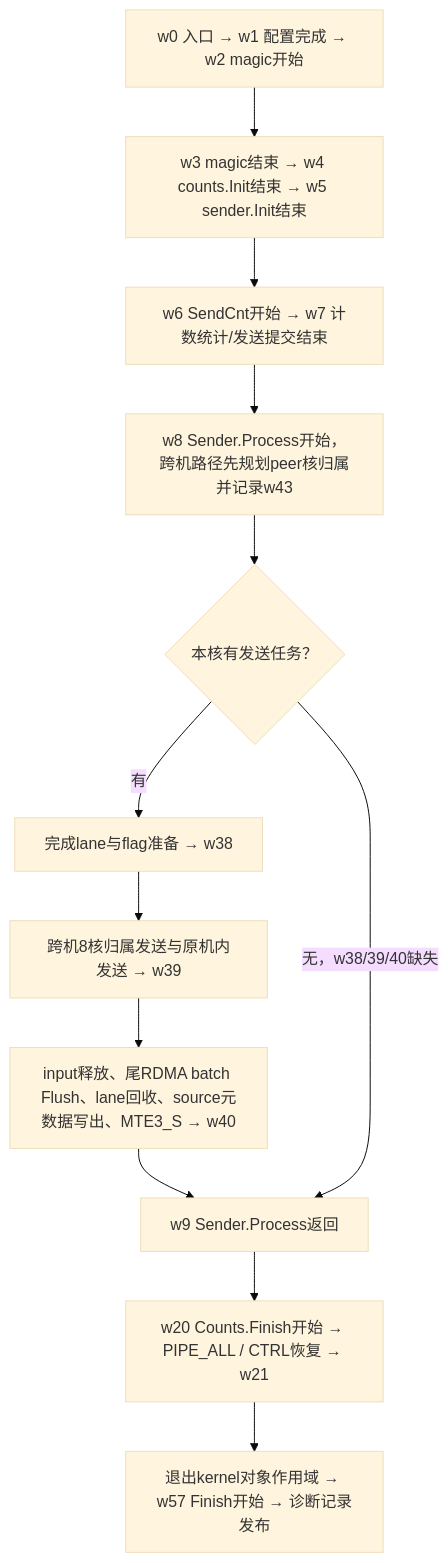
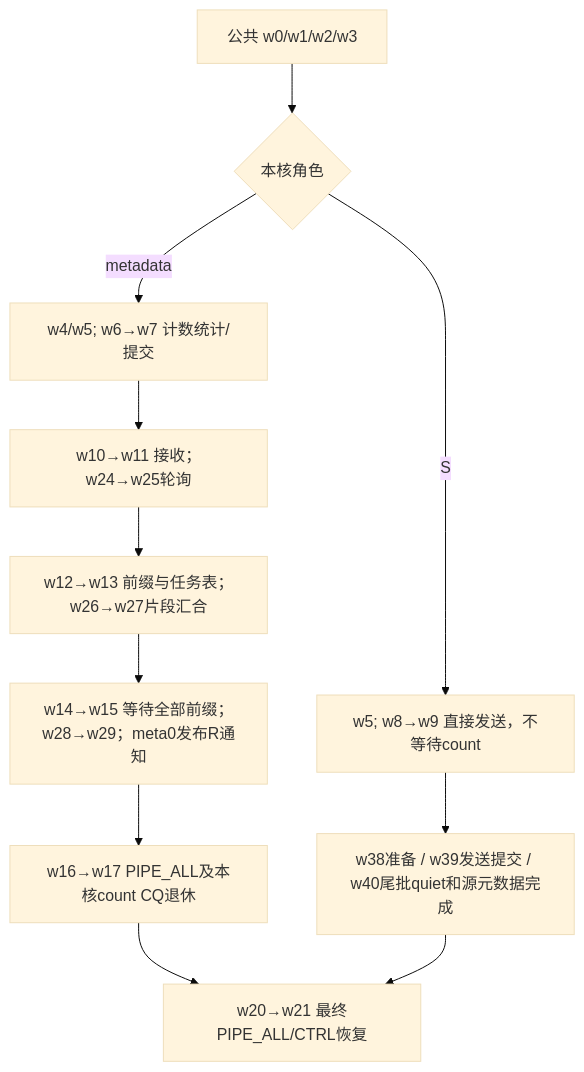
The first of 2 diagrams in tests/ll_rdma/STAGE_TIMELINE.md (TangYunfei147/DeepEP-LL), drawn with Mermaid (base theme) before and after one commit. The commit also changed other lines of this file and 57 other files, not shown here.

````diff
--- a/tests/ll_rdma/STAGE_TIMELINE.md
+++ b/tests/ll_rdma/STAGE_TIMELINE.md
@@ -21,14 +7,13 @@
 ```mermaid
 flowchart TD
-  s0["w0 入口 → w1 配置完成 → w2 magic开始"] --> s1["w3 magic结束 → w4 counts.Init结束 → w5 sender.Init结束"]
-  s1 --> s2["w6 SendCnt开始 → w7 计数统计/发送提交结束"]
-  s2 --> s3["w8 Sender.Process开始，跨机路径先规划peer核归属并记录w43"]
-  s3 --> empty{"本核有发送任务？"}
-  empty -->|有| s4["完成lane与flag准备 → w38"]
-  s4 --> s5["跨机8核归属发送与原机内发送 → w39"]
-  s5 --> s6["input释放、尾RDMA batch Flush、lane回收、source元数据写出、MTE3_S → w40"]
-  s6 --> s7["w9 Sender.Process返回"]
-  empty -->|无，w38/39/40缺失| s7
-  s7 --> s8["w20 Counts.Finish开始 → PIPE_ALL / CTRL恢复 → w21"]
-  s8 --> s9["退出kernel对象作用域 → w57 Finish开始 → 诊断记录发布"]
+  entry["公共 w0/w1/w2/w3"] --> role{"本核角色"}
+  role -->|metadata| count["w4/w5; w6→w7 计数统计/提交"]
+  count --> recv["w10→w11 接收；w24→w25轮询"]
+  recv --> prefix["w12→w13 前缀与任务表；w26→w27片段汇合"]
+  prefix --> publish["w14→w15 等待全部前缀；w28→w29；meta0发布R通知"]
+  publish --> retire["w16→w17 PIPE_ALL及本核count CQ退休"]
+  role -->|S| send["w5; w8→w9 直接发送，不等待count"]
+  send --> parts["w38准备 / w39发送提交 / w40尾批quiet和源元数据完成"]
+  retire --> final["w20→w21 最终PIPE_ALL/CTRL恢复"]
+  parts --> final
 ```
````
